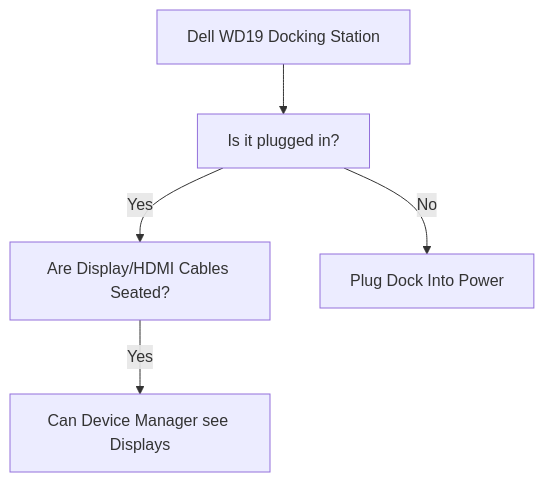
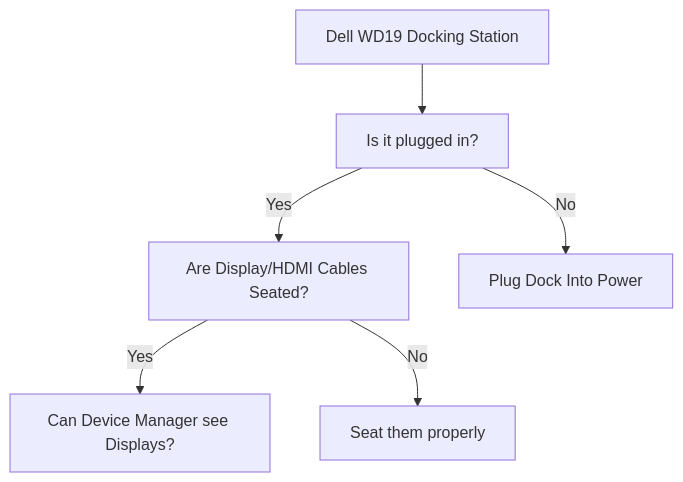
One commit to ODS-VDTSS/ObsidianGitTest changed the fourth of 4 diagrams in 2026-03-02.md. Above: the diagram before and after it, drawn with Mermaid.

Commit message:
vault backup: 2026-03-02 23:33:48

````diff
--- a/2026-03-02.md
+++ b/2026-03-02.md
@@ -45,11 +45,12 @@
 ``` mermaid
 flowchart TD
 
 A[Dell WD19 Docking Station]
 A --> B[Is it plugged in?]
 
 B -->|Yes| C[Are Display/HDMI Cables Seated?]
 B -->|No| D[Plug Dock Into Power]
 
-C -->|Yes| E[Can Device Manager see Displays]
+C -->|Yes| E[Can Device Manager see Displays?]
+C -->|No| F[Seat them properly]
 ```
````
